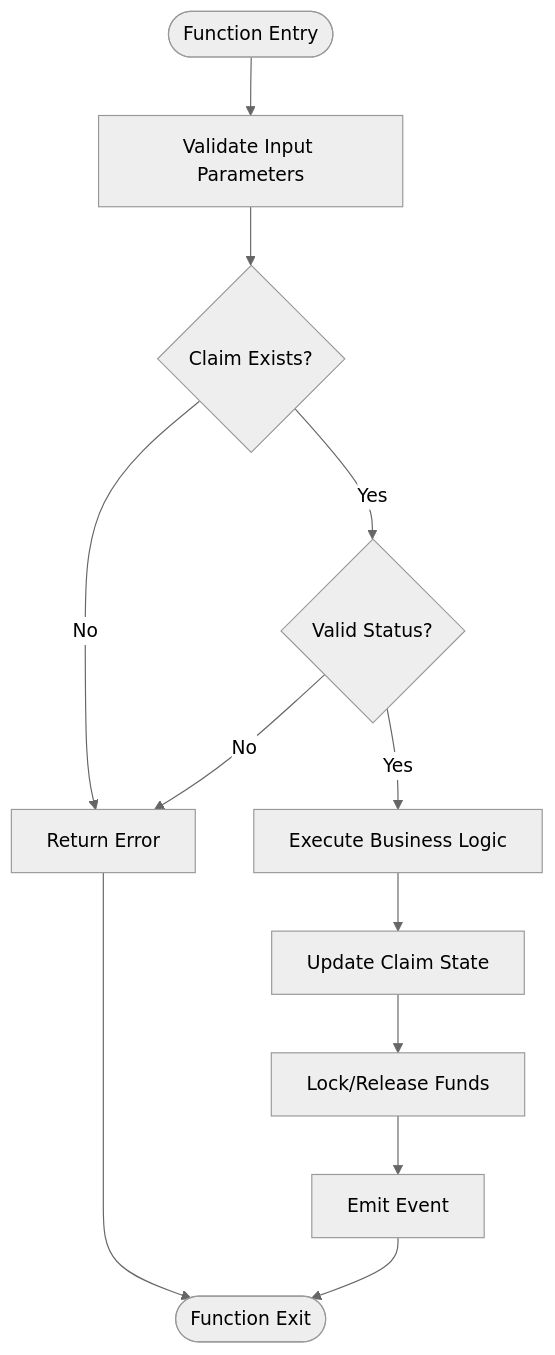
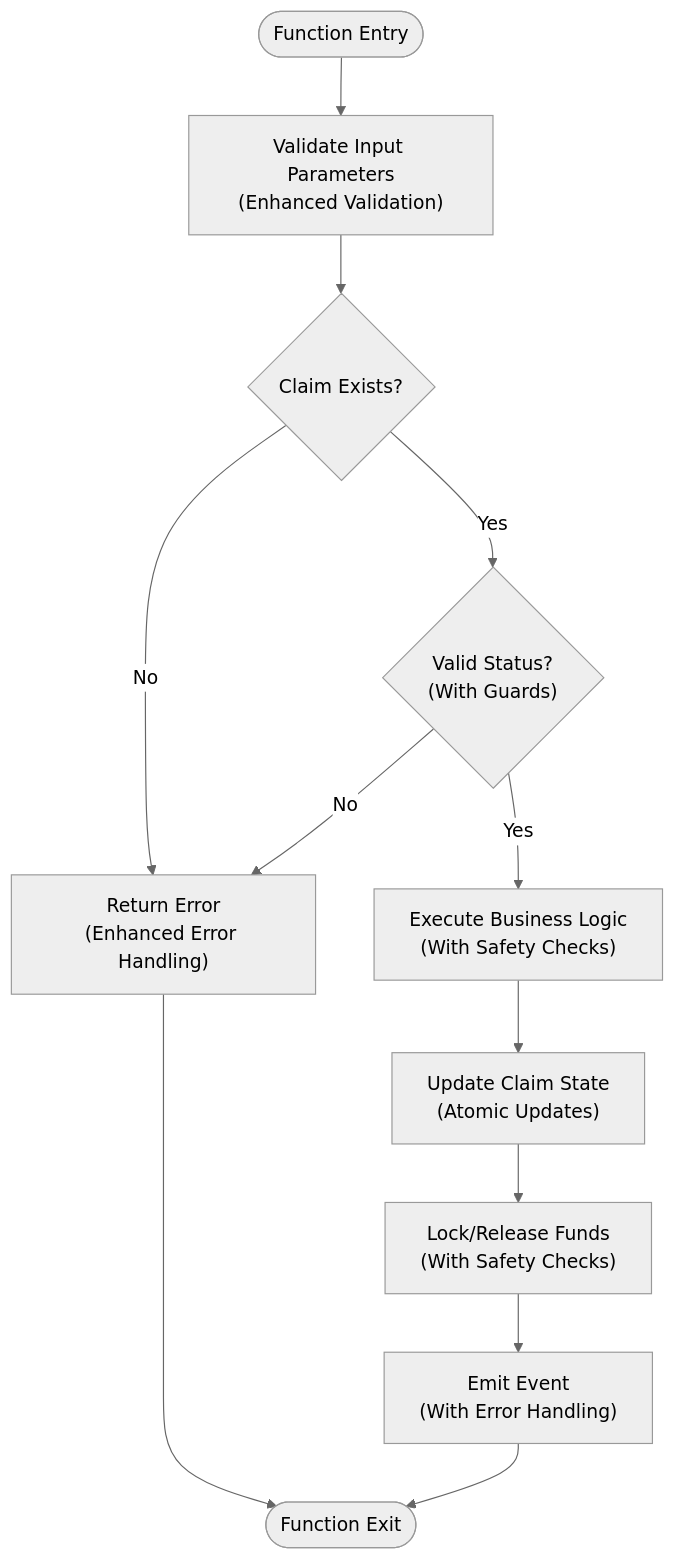
One commit to hieudepoet/Insurix changed the third of 7 diagrams in .qoder/repowiki/en/content/Smart Contracts/Settlement Engine.md. Above: the diagram before and after it, drawn with Mermaid (neutral theme). The commit also changed other lines of this file and 73 other files, not shown here.

````diff
--- a/.qoder/repowiki/en/content/Smart Contracts/Settlement Engine.md
+++ b/.qoder/repowiki/en/content/Smart Contracts/Settlement Engine.md
@@ -141,14 +160,14 @@
 ```mermaid
 flowchart TD
-Start([Function Entry]) --> ValidateInput["Validate Input Parameters"]
+Start([Function Entry]) --> ValidateInput["Validate Input Parameters<br/>(Enhanced Validation)"]
 ValidateInput --> CheckClaimExists{"Claim Exists?"}
-CheckClaimExists --> |No| ReturnError["Return Error"]
-CheckClaimExists --> |Yes| CheckStatus{"Valid Status?"}
+CheckClaimExists --> |No| ReturnError["Return Error<br/>(Enhanced Error Handling)"]
+CheckClaimExists --> |Yes| CheckStatus{"Valid Status?<br/>(With Guards)"}
 CheckStatus --> |No| ReturnError
-CheckStatus --> |Yes| ExecuteLogic["Execute Business Logic"]
-ExecuteLogic --> UpdateState["Update Claim State"]
-UpdateState --> HandleFunds["Lock/Release Funds"]
-HandleFunds --> EmitEvent["Emit Event"]
+CheckStatus --> |Yes| ExecuteLogic["Execute Business Logic<br/>(With Safety Checks)"]
+ExecuteLogic --> UpdateState["Update Claim State<br/>(Atomic Updates)"]
+UpdateState --> HandleFunds["Lock/Release Funds<br/>(With Safety Checks)"]
+HandleFunds --> EmitEvent["Emit Event<br/>(With Error Handling)"]
 EmitEvent --> End([Function Exit])
 ReturnError --> End
 ```
````
